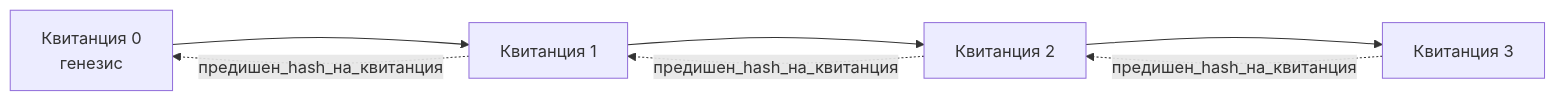
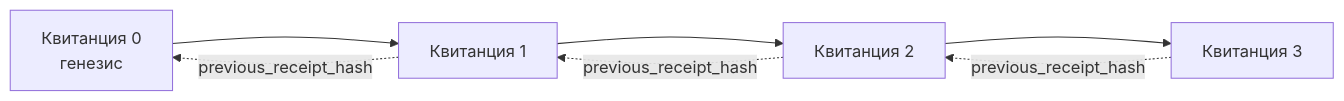
The second of 2 diagrams in translations/bg/18-securing-ai-agents/README.md (microsoft/ai-agents-for-beginners), drawn with Mermaid before and after one commit. The commit also changed other lines of this file and 93 other files, not shown here.

````diff
--- a/translations/bg/18-securing-ai-agents/README.md
+++ b/translations/bg/18-securing-ai-agents/README.md
@@ -206,9 +206,9 @@
 ```mermaid
 flowchart LR
     R0[Квитанция 0<br/>генезис] --> R1[Квитанция 1]
     R1 --> R2[Квитанция 2]
     R2 --> R3[Квитанция 3]
-    R1 -. предишен_hash_на_квитанция .-> R0
-    R2 -. предишен_hash_на_квитанция .-> R1
-    R3 -. предишен_hash_на_квитанция .-> R2
+    R1 -. previous_receipt_hash .-> R0
+    R2 -. previous_receipt_hash .-> R1
+    R3 -. previous_receipt_hash .-> R2
 ```
````
